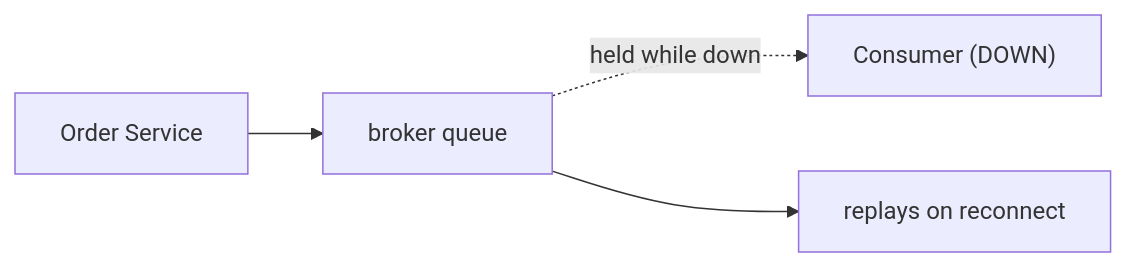
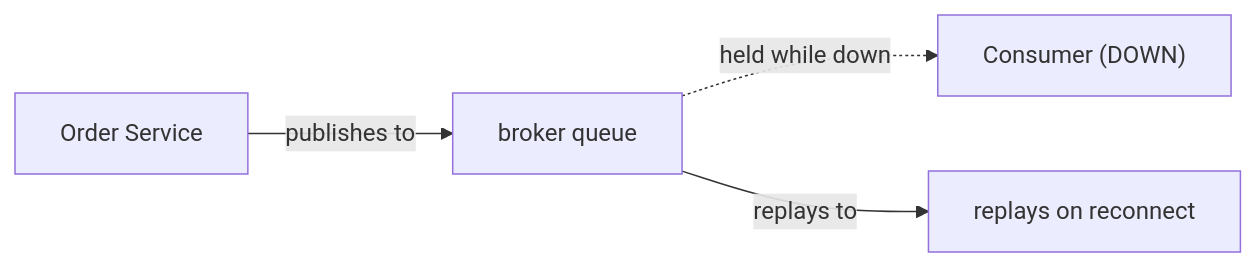
One commit to vinayakuber/microservices-io-study-guide changed diagram 12 of 13 in docs/ch05-messaging.md. Above: the diagram before and after it, drawn with Mermaid. The commit also changed other lines of this file and 71 other files, not shown here.

First line of the commit message:
R18: label every diagram arrow with its meaning

````diff
--- a/docs/ch05-messaging.md
+++ b/docs/ch05-messaging.md
@@ -445,6 +445,6 @@
 ```mermaid
 flowchart LR
-  SVC["Order Service"] --> Q["broker queue"]
+  SVC["Order Service"] -->|"publishes to"| Q["broker queue"]
   Q -. "held while down" .-> CON["Consumer (DOWN)"]
-  Q --> R["replays on reconnect"]
+  Q -->|"replays to"| R["replays on reconnect"]
 ```
````
